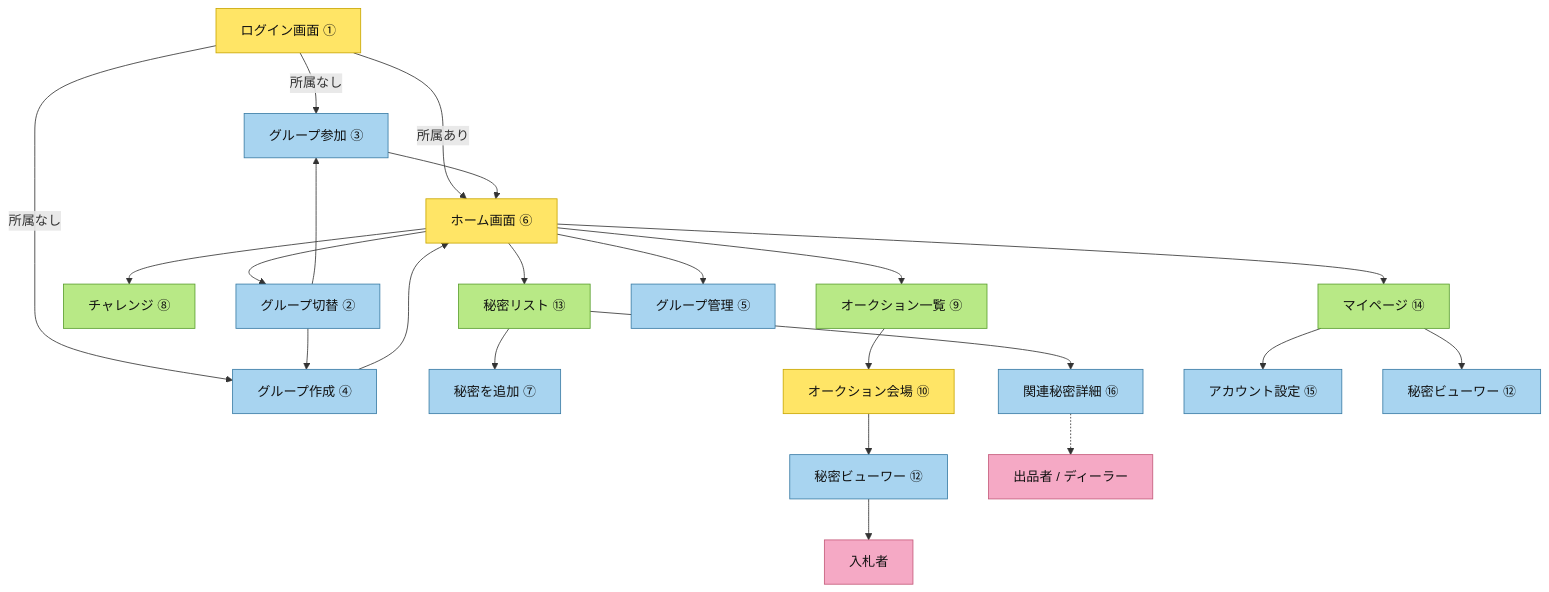
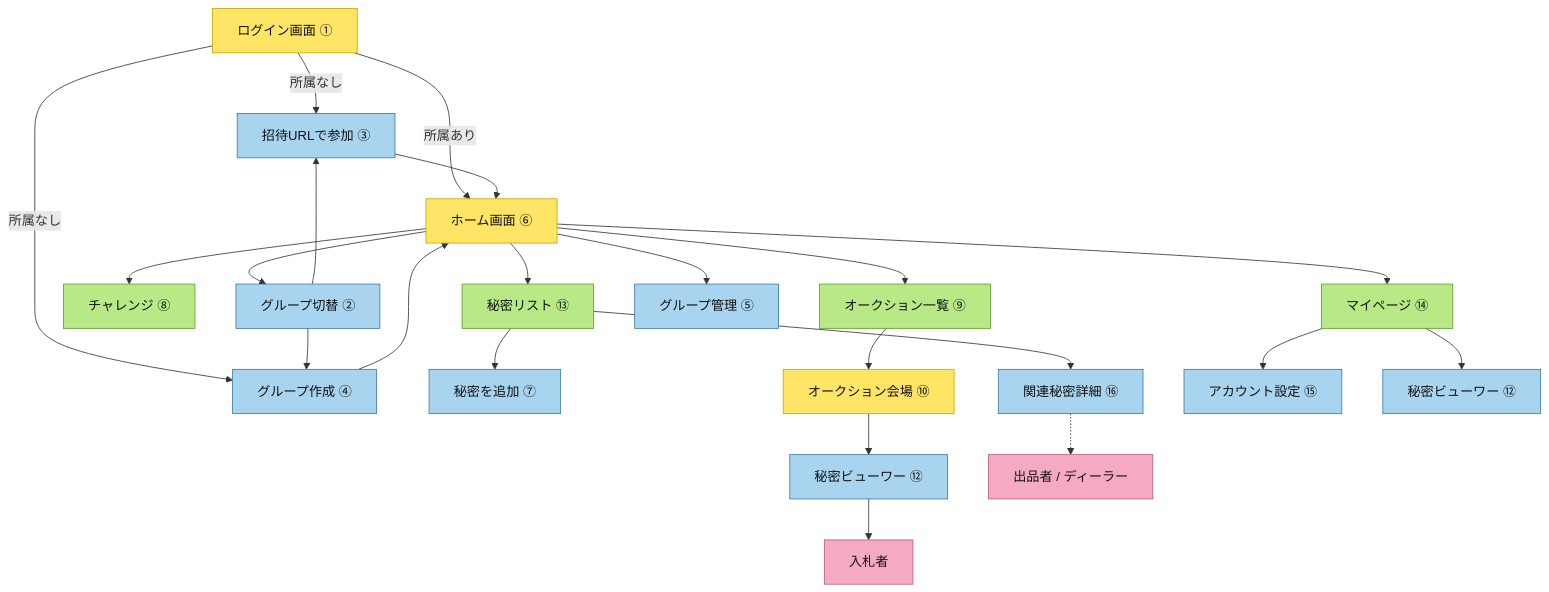
Before and after one commit to t161121t/watnow-team-dokidoki: the diagram in docs/画面遷移図.md, drawn with Mermaid. The commit also changed other lines of this file and 17 other files, not shown here.

````diff
--- a/docs/画面遷移図.md
+++ b/docs/画面遷移図.md
@@ -7,36 +7,36 @@
 ```mermaid
 flowchart TB
   classDef yellow fill:#FFE566,stroke:#C9A600,color:#111
   classDef green fill:#B8E986,stroke:#5A9E2E,color:#111
   classDef blue fill:#A8D4F0,stroke:#3A7CA5,color:#111
   classDef pink fill:#F5A9C5,stroke:#C45A7A,color:#111
 
   L[ログイン画面 ①]:::yellow
-  L -->|所属なし| J[グループ参加 ③]:::blue
+  L -->|所属なし| J[招待URLで参加 ③]:::blue
   L -->|所属なし| N[グループ作成 ④]:::blue
   L -->|所属あり| H[ホーム画面 ⑥]:::yellow
   J --> H
   N --> H
 
   H --> S[秘密リスト ⑬]:::green
   H --> C[チャレンジ ⑧]:::green
   H --> A[オークション一覧 ⑨]:::green
   H --> M[マイページ ⑭]:::green
 
   S --> ADD[秘密を追加 ⑦]:::blue
   S --> REL[関連秘密詳細 ⑯]:::blue
   A --> VENUE[オークション会場 ⑩]:::yellow
   VENUE --> V1[秘密ビューワー ⑫]:::blue
   M --> SET[アカウント設定 ⑮]:::blue
   M --> V2[秘密ビューワー ⑫]:::blue
 
   H --> G0[グループ切替 ②]:::blue
   G0 --> J
   G0 --> N
   H --> G2[グループ管理 ⑤]:::blue
 
   R1[出品者 / ディーラー]:::pink
   R2[入札者]:::pink
   REL -.-> R1
   V1 --> R2
 ```
````
